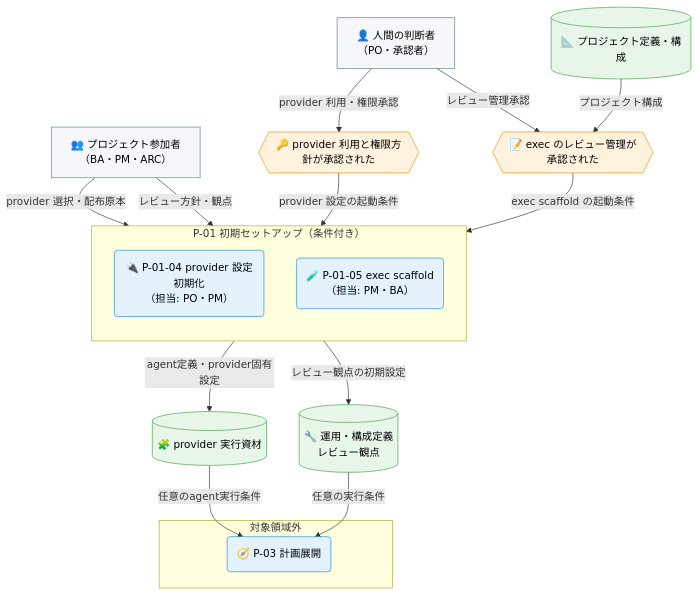
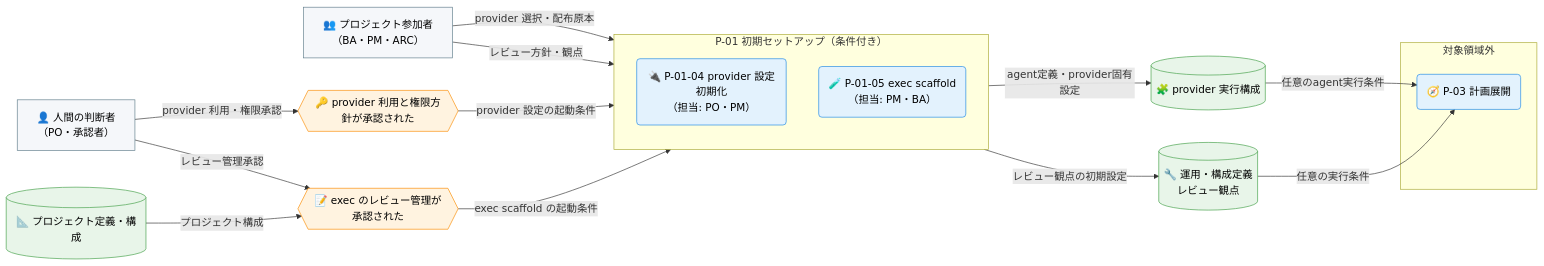
The second of 2 diagrams in docs/ja/product/010-business-specs/010-data-flow/cdfd-init.md (specdojo/specdojo), drawn with Mermaid before and after one commit. The commit also changed other lines of this file, not shown here.

````diff
--- a/docs/ja/product/010-business-specs/010-data-flow/cdfd-init.md
+++ b/docs/ja/product/010-business-specs/010-data-flow/cdfd-init.md
@@ -103,47 +103,47 @@
 ```mermaid
-flowchart TB
+flowchart LR
   classDef process fill:#e3f2fd,stroke:#1e88e5,color:#000
   classDef event fill:#fff3e0,stroke:#fb8c00,color:#000
   classDef store fill:#e8f5e9,stroke:#43a047,color:#000
   classDef actor fill:#f5f7fa,stroke:#607d8b,color:#000
 
   人間判断者["👤 人間の判断者<br>（PO・承認者）"]
   プロジェクト参加者["👥 プロジェクト参加者<br>（BA・PM・ARC）"]
 
   provider承認{{"🔑 provider 利用と権限方針が承認された"}}
   exec承認{{"📝 exec のレビュー管理が承認された"}}
 
   プロジェクト構成[("📐 プロジェクト定義・構成")]
 
   subgraph 初期セットアップ["P-01 初期セットアップ（条件付き）"]
     direction TB
     provider初期化("🔌 P-01-04 provider 設定初期化<br>（担当: PO・PM）")
     execScaffold("🧪 P-01-05 exec scaffold<br>（担当: PM・BA）")
   end
 
-  provider実行資材[("🧩 provider 実行資材")]
+  provider実行構成[("🧩 provider 実行構成")]
   運用構成定義[("🔧 運用・構成定義<br>レビュー観点")]
 
   subgraph 領域外["対象領域外"]
     計画展開("🧭 P-03 計画展開")
   end
 
   人間判断者 -->|"provider 利用・権限承認"| provider承認
   provider承認 -->|"provider 設定の起動条件"| provider初期化
   プロジェクト参加者 -->|"provider 選択・配布原本"| provider初期化
-  provider初期化 -->|"agent定義・provider固有設定"| provider実行資材
+  provider初期化 -->|"agent定義・provider固有設定"| provider実行構成
 
   人間判断者 -->|"レビュー管理承認"| exec承認
   プロジェクト構成 -->|"プロジェクト構成"| exec承認
   exec承認 -->|"exec scaffold の起動条件"| execScaffold
   プロジェクト参加者 -->|"レビュー方針・観点"| execScaffold
   execScaffold -->|"レビュー観点の初期設定"| 運用構成定義
 
   運用構成定義 -->|"任意の実行条件"| 計画展開
-  provider実行資材 -->|"任意のagent実行条件"| 計画展開
+  provider実行構成 -->|"任意のagent実行条件"| 計画展開
 
   class provider初期化,execScaffold,計画展開 process
   class provider承認,exec承認 event
-  class プロジェクト構成,provider実行資材,運用構成定義 store
+  class プロジェクト構成,provider実行構成,運用構成定義 store
   class 人間判断者,プロジェクト参加者 actor
 ```
````
